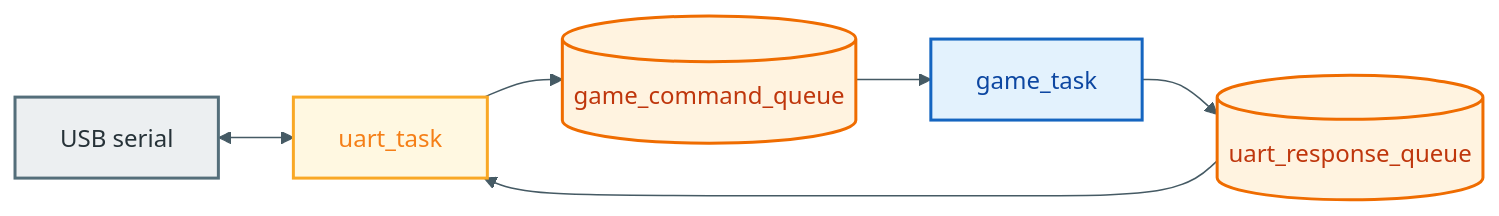
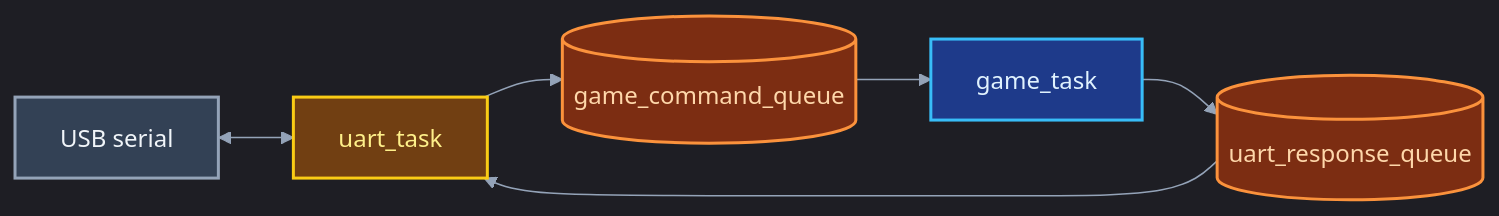
Before and after one commit to AlfredKrutina/chess_esp32_c6_devkit: the third of 6 diagrams in docs/diagrams/README.md, drawn with Mermaid. The commit also changed other lines of this file and 97 other files, not shown here.

Commit message:
more diagrams

````diff
--- a/docs/diagrams/README.md
+++ b/docs/diagrams/README.md
@@ -120,20 +124,20 @@
 ```mermaid
-%%{init: {'theme':'base', 'themeVariables': {'lineColor':'#455a64'}}}%%
+%%{init: {'theme':'dark','themeVariables':{'clusterBkg':'#0f172a','lineColor':'#94a3b8','primaryTextColor':'#f1f5f9','edgeLabelBackground':'#1e293b','titleColor':'#f8fafc'}}}%%
 flowchart LR
   SER[USB serial]:::hw
   UT[uart_task]:::t
   GQ[(game_command_queue)]:::q
   GT[game_task]:::g
   URQ[(uart_response_queue)]:::q
 
   SER <--> UT
   UT --> GQ
   GQ --> GT
   GT --> URQ
   URQ --> UT
 
-  classDef hw fill:#eceff1,stroke:#546e7a,stroke-width:2px,color:#263238
-  classDef t fill:#fff8e1,stroke:#f9a825,stroke-width:2px,color:#f57f17
-  classDef q fill:#fff3e0,stroke:#ef6c00,stroke-width:2px,color:#bf360c
-  classDef g fill:#e3f2fd,stroke:#1565c0,stroke-width:2px,color:#0d47a1
+  classDef hw fill:#334155,stroke:#94a3b8,stroke-width:2px,color:#f1f5f9
+  classDef t fill:#713f12,stroke:#facc15,stroke-width:2px,color:#fef08a
+  classDef q fill:#7c2d12,stroke:#fb923c,stroke-width:2px,color:#fed7aa
+  classDef g fill:#1e3a8a,stroke:#38bdf8,stroke-width:2px,color:#e0f2fe
 ```
````
